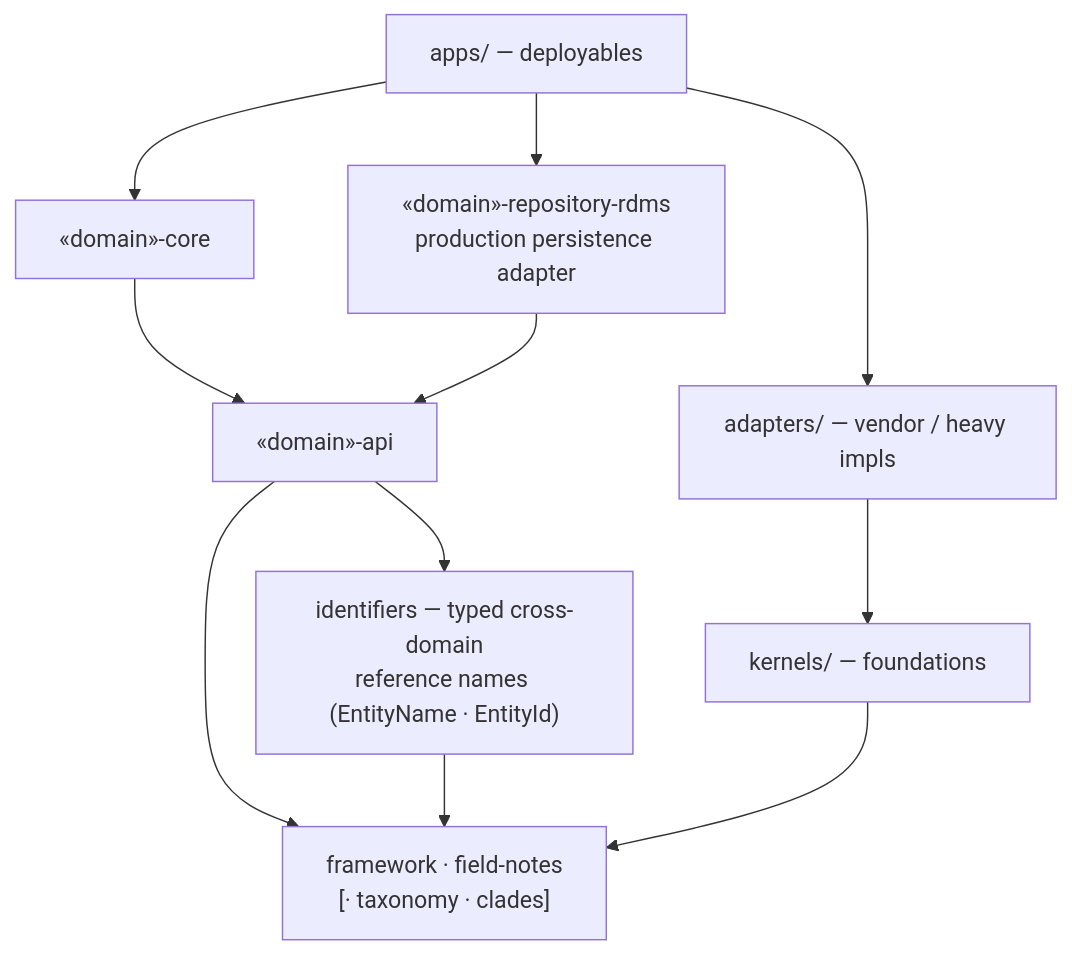
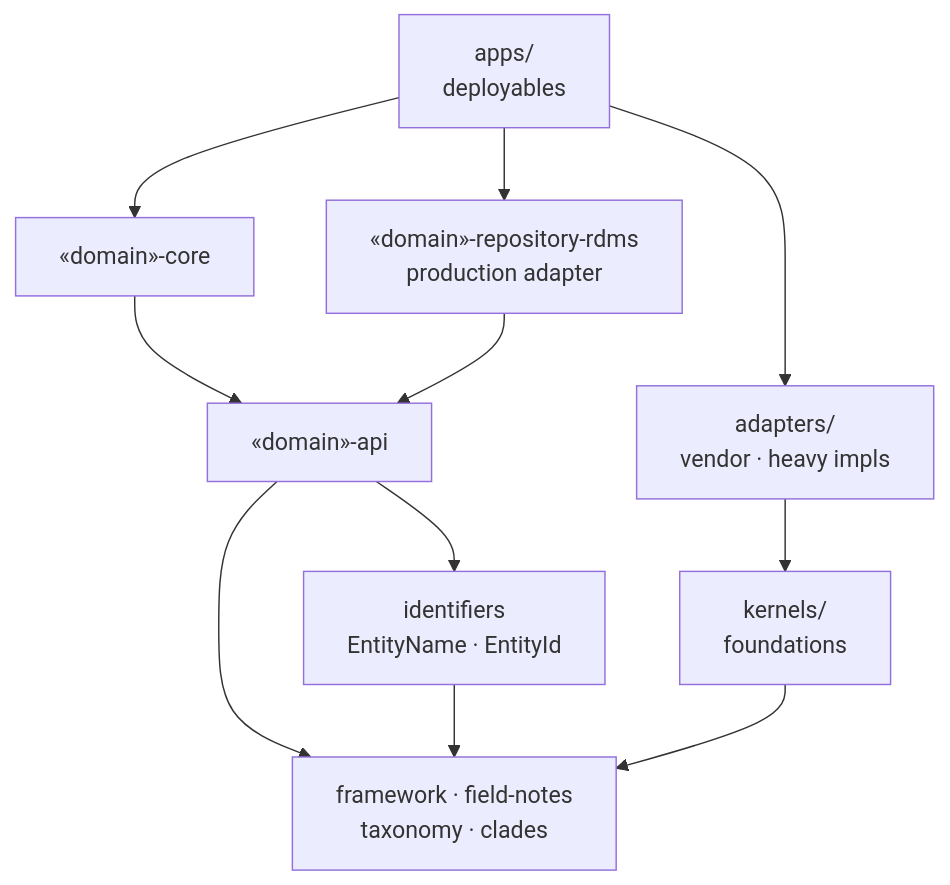
The first of 3 diagrams in README.md (pway99/naturalist), drawn with Mermaid before and after one commit.

Commit message:
docs: shorten DAG node labels to avoid truncation

````diff
--- a/README.md
+++ b/README.md
@@ -67,22 +67,22 @@
 ```mermaid
 graph TD
-    apps["apps/ — deployables"]
-    adapters["adapters/ — vendor / heavy impls"]
+    apps["apps/<br/>deployables"]
+    adapters["adapters/<br/>vendor · heavy impls"]
     core["«domain»-core"]
-    rdms["«domain»-repository-rdms<br/>production persistence adapter"]
+    rdms["«domain»-repository-rdms<br/>production adapter"]
     api["«domain»-api"]
-    identifiers["identifiers — typed cross-domain<br/>reference names (EntityName · EntityId)"]
-    kernels["kernels/ — foundations"]
-    framework["framework · field-notes<br/>[· taxonomy · clades]"]
+    identifiers["identifiers<br/>EntityName · EntityId"]
+    kernels["kernels/<br/>foundations"]
+    framework["framework · field-notes<br/>taxonomy · clades"]
 
     apps --> adapters
     apps --> core
     apps --> rdms
     adapters --> kernels
     core --> api
     rdms --> api
     api --> identifiers
     api --> framework
     identifiers --> framework
     kernels --> framework
 ```
````
